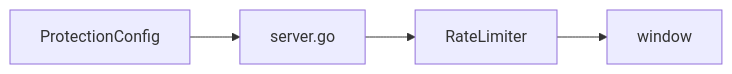
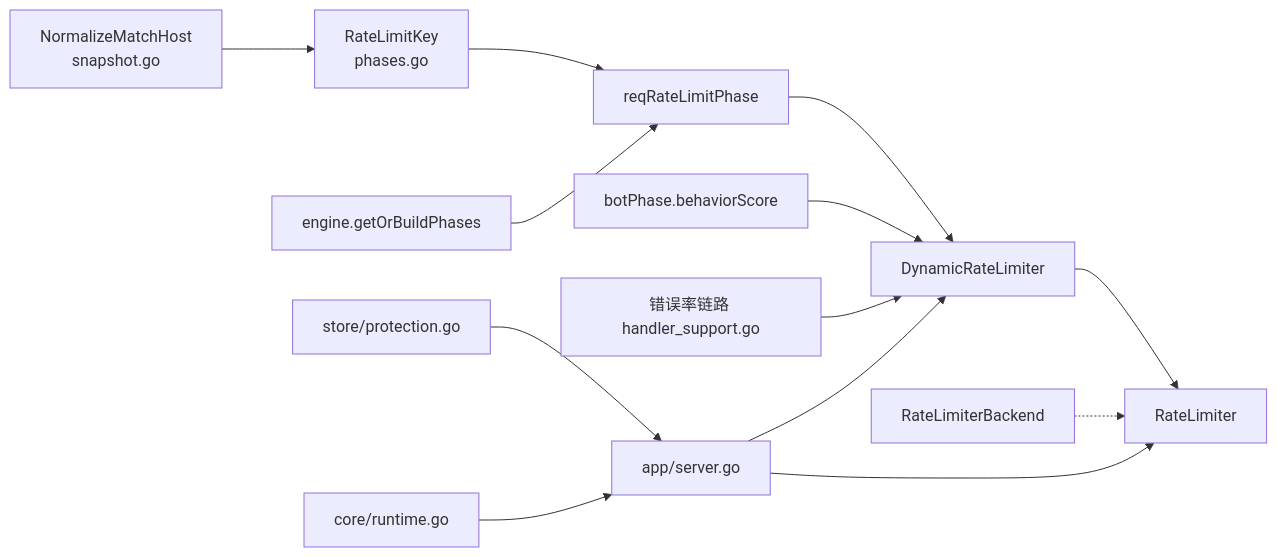
One commit to x01n/My-OpenWaf changed the sixth of 7 diagrams in docs/安全防护功能/速率限制机制/本地固定窗口限流.md. Above: the diagram before and after it, drawn with Mermaid. The commit also changed other lines of this file and 622 other files, not shown here.

````diff
--- a/docs/安全防护功能/速率限制机制/本地固定窗口限流.md
+++ b/docs/安全防护功能/速率限制机制/本地固定窗口限流.md
@@ -230,6 +482,15 @@
 ```mermaid
 graph LR
-SVR["server.go"] --> RL["RateLimiter"]
-CFG["ProtectionConfig"] --> SVR
-RL --> RW["window"]
+    KEY["RateLimitKey<br/>phases.go"] --> PH["reqRateLimitPhase"]
+    NORM["NormalizeMatchHost<br/>snapshot.go"] --> KEY
+    PH --> DYN["DynamicRateLimiter"]
+    BOT["botPhase.behaviorScore"] --> DYN
+    ERR["错误率链路 handler_support.go"] --> DYN
+    DYN --> RL["RateLimiter"]
+    IF["RateLimiterBackend"] -.-> RL
+    ENG["engine.getOrBuildPhases"] --> PH
+    SRV["app/server.go"] --> DYN
+    SRV --> RL
+    CFG["store/protection.go"] --> SRV
+    RT["core/runtime.go"] --> SRV
 ```
````
